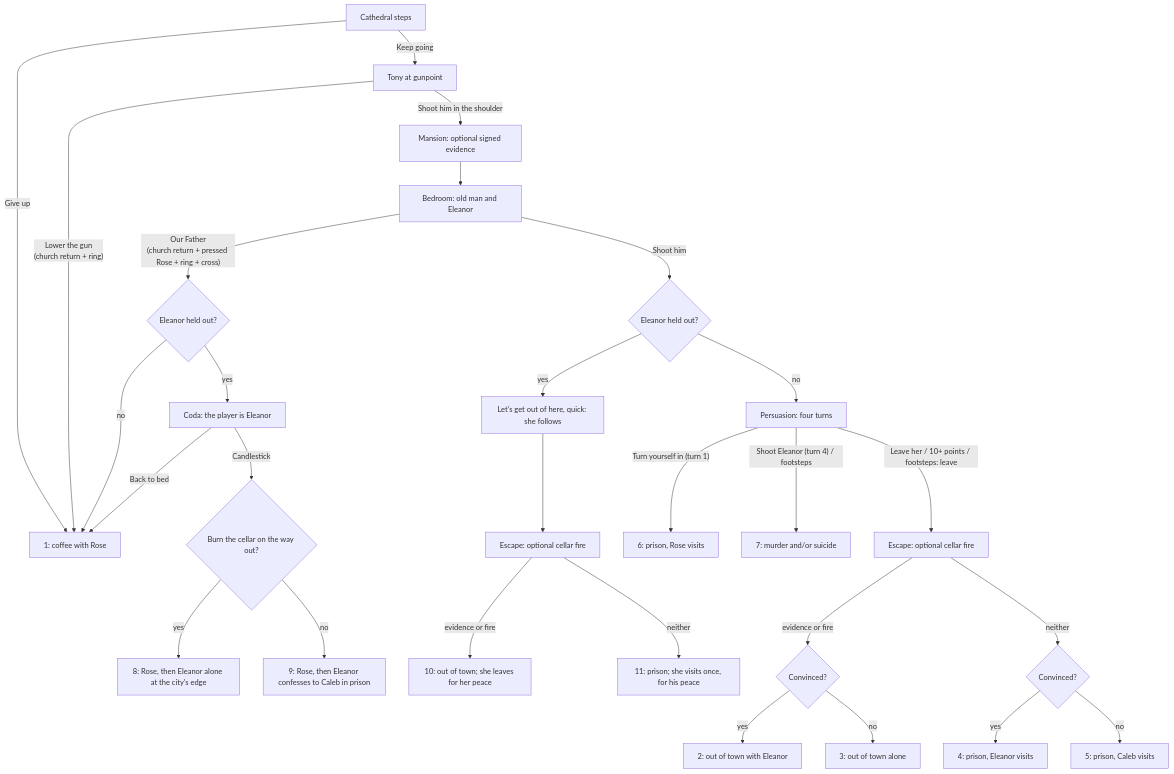
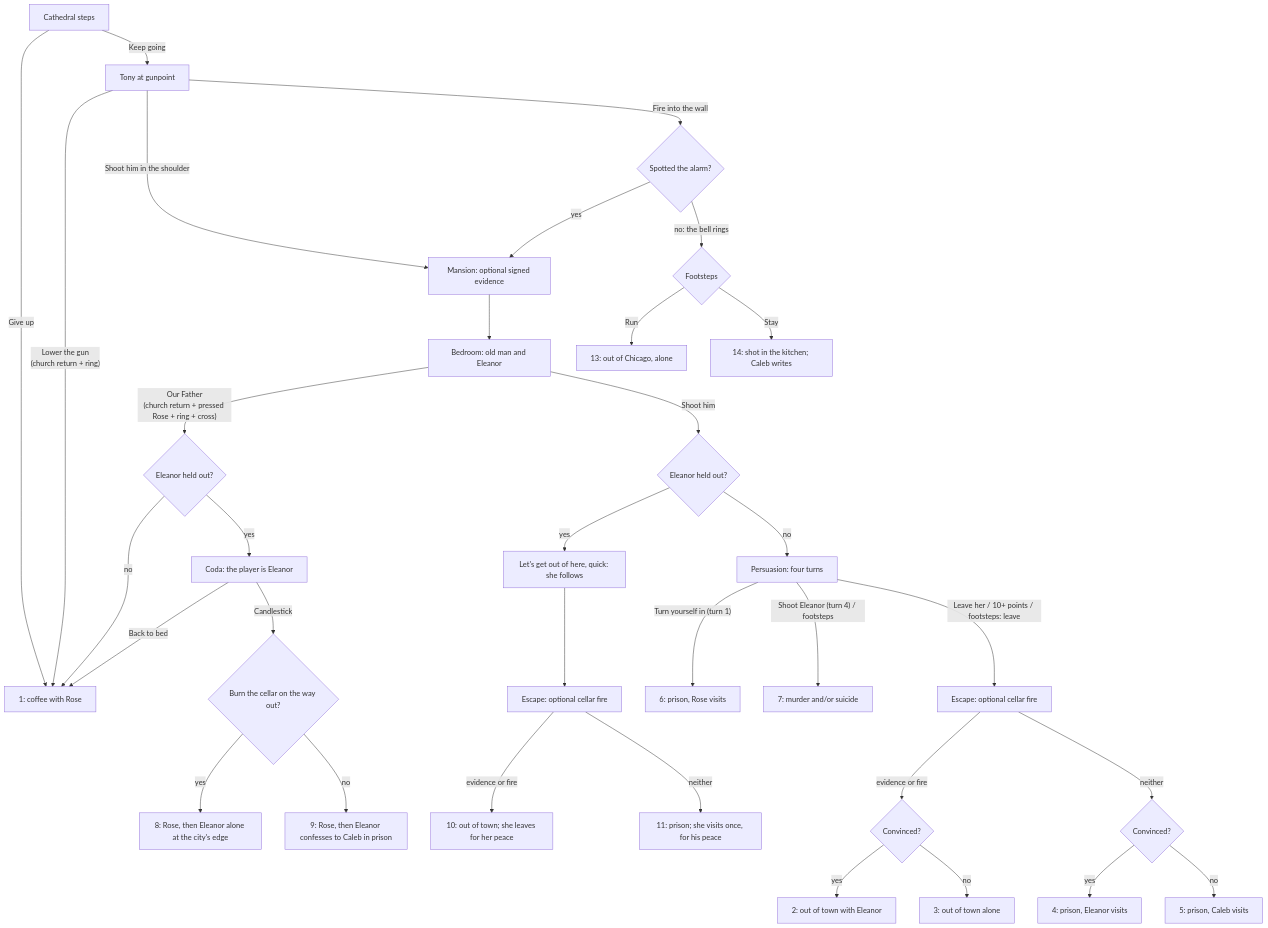
One commit to MaxDac/Repentance changed the diagram in docs/story-overview.md. Above: the diagram before and after it, drawn with Mermaid. The commit also changed other lines of this file and 73 other files, not shown here.

First line of the commit message:
Tony knows who shot him: kill him, or his revenge follows Micah (#310)

````diff
--- a/docs/story-overview.md
+++ b/docs/story-overview.md
@@ -201,30 +201,35 @@
 ```mermaid
 flowchart TD
     steps["Cathedral steps"] -- "Give up" --> E1["1: coffee with Rose"]
     steps -- "Keep going" --> tony["Tony at gunpoint"]
     tony -- "Lower the gun<br/>(church return + ring)" --> E1
     tony -- "Shoot him in the shoulder" --> mansion["Mansion: optional signed evidence"]
+    tony -- "Fire into the wall" --> door{"Spotted the alarm?"}
+    door -- yes --> mansion
+    door -- "no: the bell rings" --> feet{"Footsteps"}
+    feet -- Run --> E13["13: out of Chicago, alone"]
+    feet -- Stay --> E14["14: shot in the kitchen; Caleb writes"]
     mansion --> bedroom["Bedroom: old man and Eleanor"]
     bedroom -- "Our Father<br/>(church return + pressed Rose + ring + cross)" --> prayer{"Eleanor held out?"}
     prayer -- no --> E1
     prayer -- yes --> coda["Coda: the player is Eleanor"]
     coda -- "Back to bed" --> E1
     coda -- "Candlestick" --> out{"Burn the cellar on the way out?"}
     out -- yes --> E8["8: Rose, then Eleanor alone at the city's edge"]
     out -- no --> E9["9: Rose, then Eleanor confesses to Caleb in prison"]
     bedroom -- "Shoot him" --> shot{"Eleanor held out?"}
     shot -- yes --> weary["Let's get out of here, quick: she follows"]
     weary --> wescape["Escape: optional cellar fire"]
     wescape -- "evidence or fire" --> E10["10: out of town; she leaves for her peace"]
     wescape -- "neither" --> E11["11: prison; she visits once, for his peace"]
     shot -- no --> persuade["Persuasion: four turns"]
     persuade -- "Turn yourself in (turn 1)" --> E6["6: prison, Rose visits"]
     persuade -- "Shoot Eleanor (turn 4) / footsteps" --> E7["7: murder and/or suicide"]
     persuade -- "Leave her / 10+ points / footsteps: leave" --> escape["Escape: optional cellar fire"]
     escape -- "evidence or fire" --> free{"Convinced?"}
     escape -- "neither" --> jail{"Convinced?"}
     free -- yes --> E2["2: out of town with Eleanor"]
     free -- no --> E3["3: out of town alone"]
     jail -- yes --> E4["4: prison, Eleanor visits"]
     jail -- no --> E5["5: prison, Caleb visits"]
 ```
````
